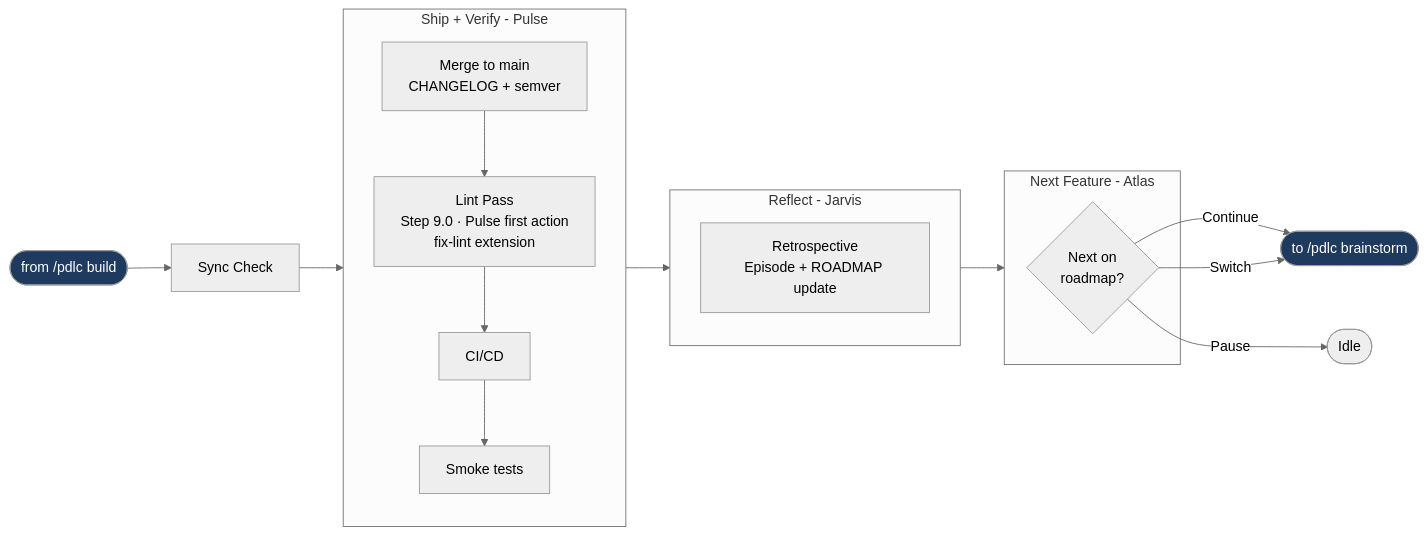
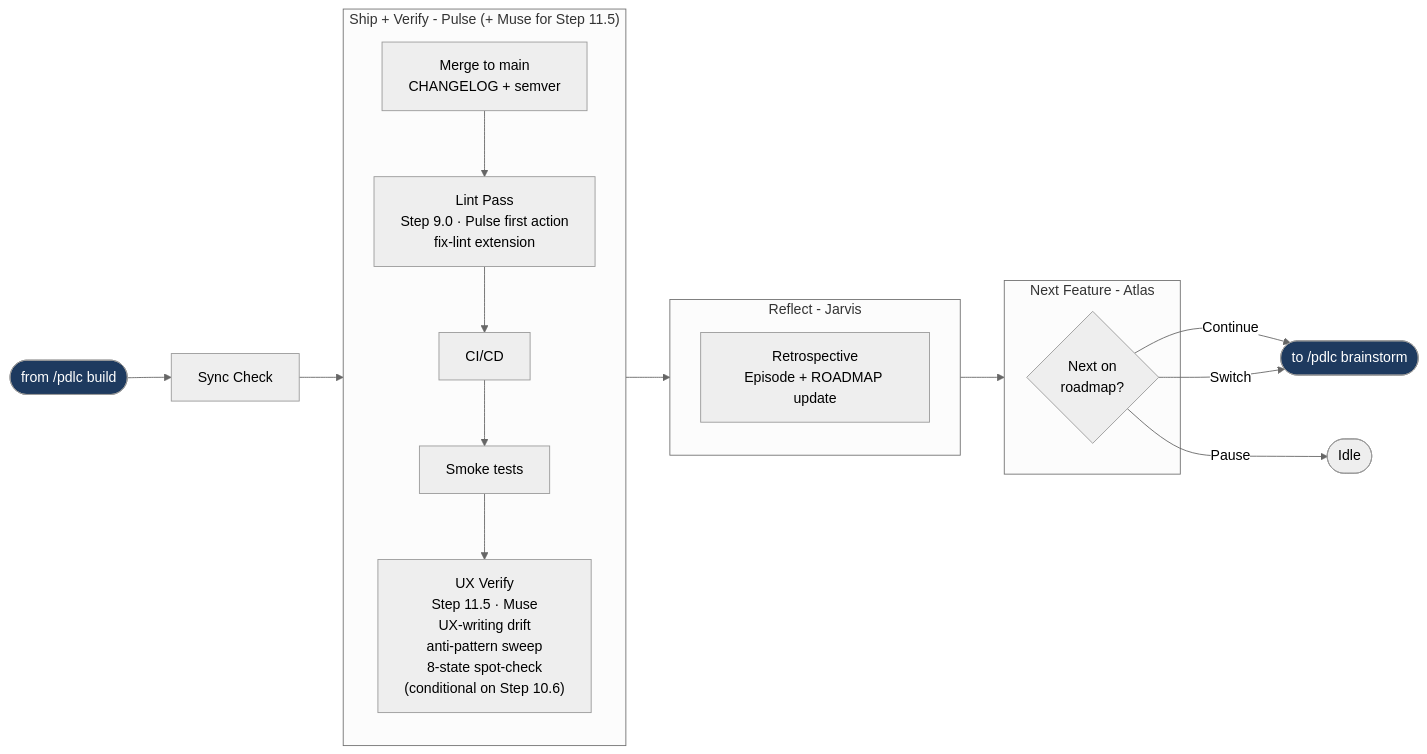
The fourth of 4 diagrams in docs/wiki/03-phases-in-detail.md (pdlc-os/pdlc), drawn with Mermaid (neutral theme) before and after one commit. The commit also changed other lines of this file and 41 other files, not shown here.

````diff
--- a/docs/wiki/03-phases-in-detail.md
+++ b/docs/wiki/03-phases-in-detail.md
@@ -125,19 +125,19 @@
 ```mermaid
 flowchart LR
-    subgraph SHIP["Ship + Verify - Pulse"]
-        MERGE[Merge to main\nCHANGELOG + semver] --> LINT["Lint Pass\nStep 9.0 · Pulse first action\nfix-lint extension"] --> CICD[CI/CD] --> SMOKE["Smoke tests"]
+    subgraph SHIP["Ship + Verify - Pulse (+ Muse for Step 11.5)"]
+        MERGE[Merge to main\nCHANGELOG + semver] --> LINT["Lint Pass\nStep 9.0 · Pulse first action\nfix-lint extension"] --> CICD[CI/CD] --> SMOKE["Smoke tests"] --> UXVERIFY["UX Verify\nStep 11.5 · Muse\nUX-writing drift\nanti-pattern sweep\n8-state spot-check\n(conditional on Step 10.6)"]
     end
     subgraph REFLECT["Reflect - Jarvis"]
         RETRO[Retrospective\nEpisode + ROADMAP update]
     end
     subgraph NEXT["Next Feature - Atlas"]
         ROADMAP{Next on\nroadmap?}
     end
     FROMBUILD(["from /pdlc build"]) --> SYNC3["Sync Check"] --> SHIP --> REFLECT --> NEXT
     ROADMAP -->|Continue| TOBRAINSTORM(["to /pdlc brainstorm"])
     ROADMAP -->|Pause| IDLE([Idle])
     ROADMAP -->|Switch| TOBRAINSTORM
 
     style FROMBUILD fill:#1e3a5f,color:#fff
     style TOBRAINSTORM fill:#1e3a5f,color:#fff
 ```
````
